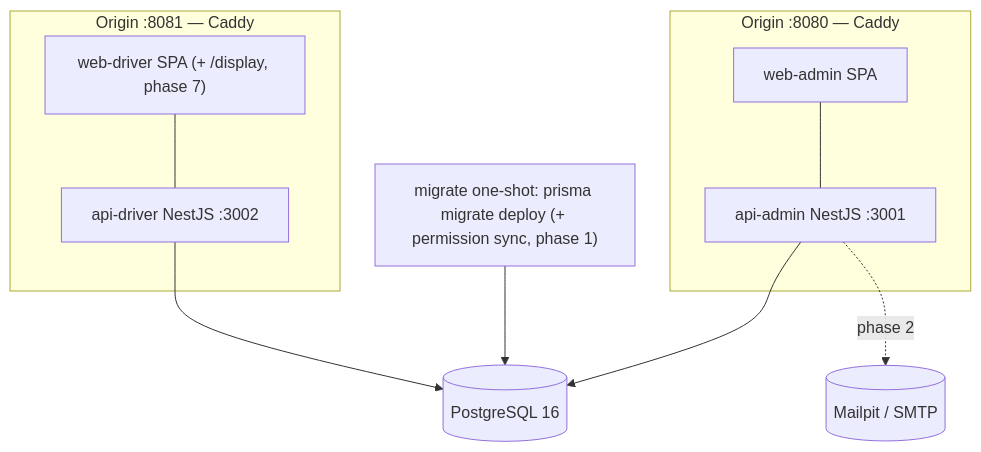
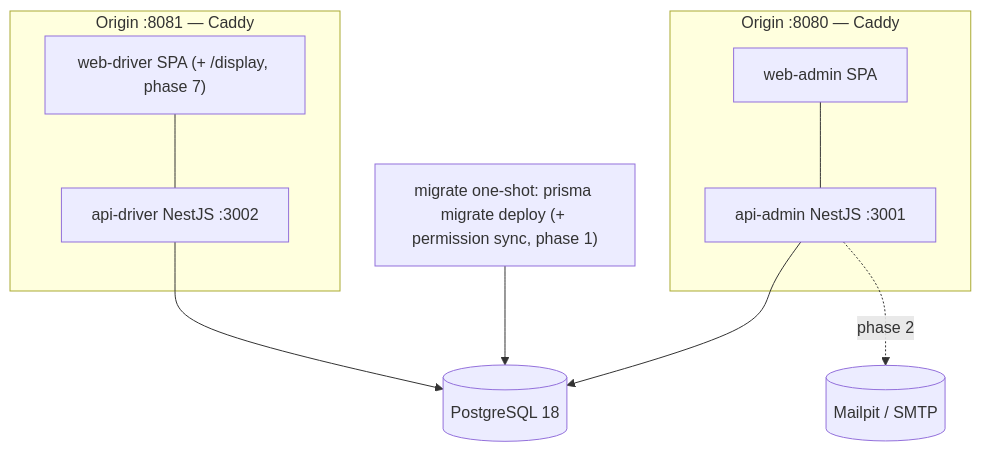
The second of 2 diagrams in docs/architecture.md (Stefan-Ethernal/tms-platform), drawn with Mermaid before and after one commit. The commit also changed 14 other files, not shown here.

````diff
--- a/docs/architecture.md
+++ b/docs/architecture.md
@@ -19,13 +19,13 @@
 ```mermaid
 flowchart TB
   subgraph origin_admin[Origin :8080 — Caddy]
     web_admin[web-admin SPA] --- api_admin[api-admin NestJS :3001]
   end
   subgraph origin_kiosk[Origin :8081 — Caddy]
     web_driver["web-driver SPA (+ /display, phase 7)"] --- api_driver[api-driver NestJS :3002]
   end
-  api_admin --> db[(PostgreSQL 16)]
+  api_admin --> db[(PostgreSQL 18)]
   api_driver --> db
   migrate["migrate one-shot: prisma migrate deploy (+ permission sync, phase 1)"] --> db
   api_admin -. phase 2 .-> mailpit[(Mailpit / SMTP)]
 ```
````
